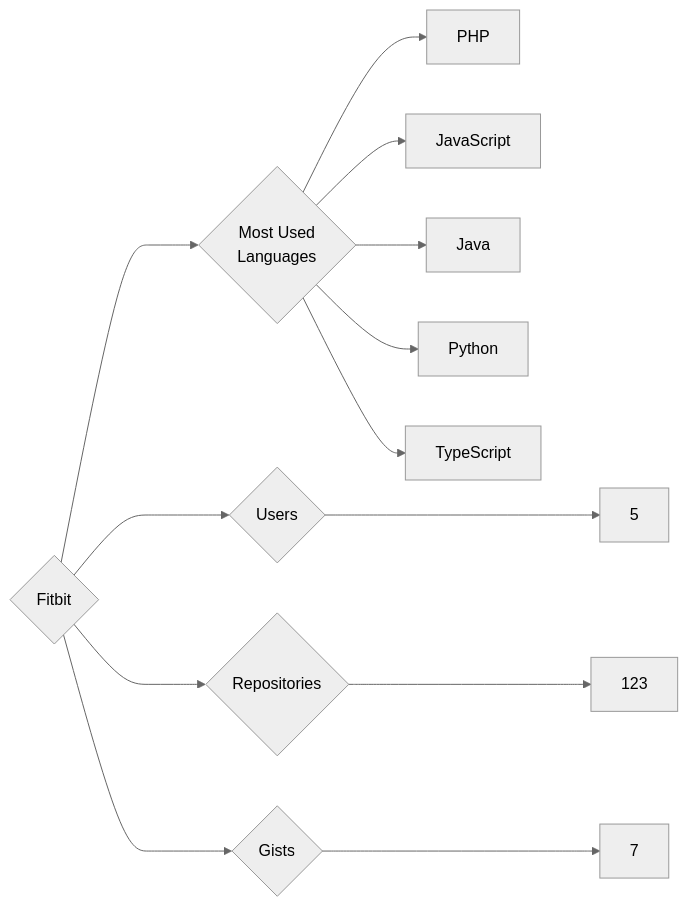
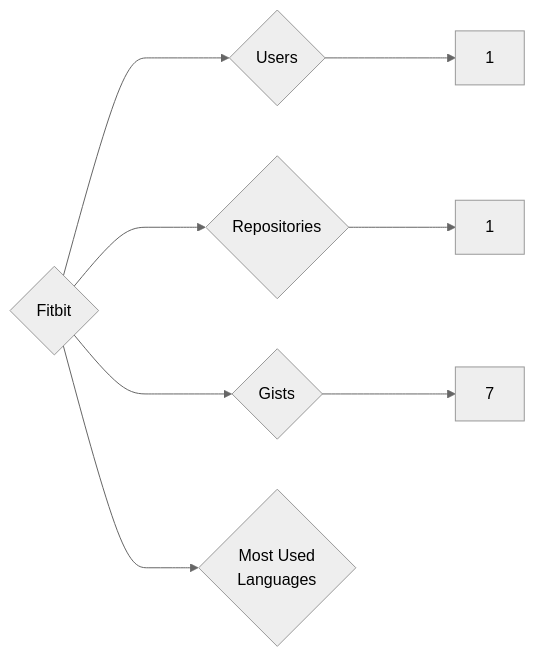
Before and after one commit to trickest/insiders: the diagram in targets/Fitbit/README.md, drawn with Mermaid (neutral theme). The commit also changed 815 other files, not shown here.

````diff
--- a/targets/Fitbit/README.md
+++ b/targets/Fitbit/README.md
@@ -3,13 +3,8 @@
 ```mermaid
 graph LR
 COMPANY_NAME{Fitbit}
-COMPANY_NAME ---> U{Users} ---> UN[5]
-COMPANY_NAME ---> R{Repositories} ---> RN[123]
+COMPANY_NAME ---> U{Users} ---> UN[1]
+COMPANY_NAME ---> R{Repositories} ---> RN[1]
 COMPANY_NAME ---> G{Gists} ---> GN[7]
 COMPANY_NAME ---> ML{Most Used<br>Languages}
-ML --> PHP[PHP]
-ML --> JavaScript[JavaScript]
-ML --> Java[Java]
-ML --> Python[Python]
-ML --> TypeScript[TypeScript]
 ```
````
